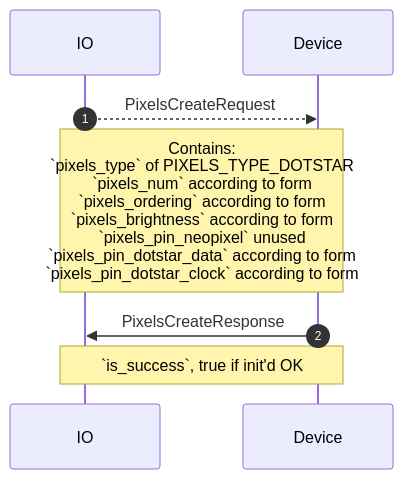
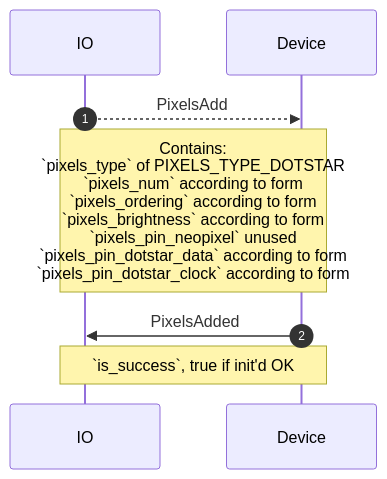
Before and after one commit to adafruit/Wippersnapper_Protobuf: the sixth of 10 diagrams in proto/wippersnapper/docs/pixels.md, drawn with Mermaid. The commit also changed other lines of this file and 6 other files, not shown here.

````diff
--- a/proto/wippersnapper/docs/pixels.md
+++ b/proto/wippersnapper/docs/pixels.md
@@ -70,8 +70,8 @@
 ```mermaid
 sequenceDiagram
 autonumber
-IO-->>Device: PixelsCreateRequest
+IO-->>Device: PixelsAdd
 Note over IO, Device: Contains:<br> `pixels_type` of PIXELS_TYPE_DOTSTAR<br>`pixels_num` according to form<br>`pixels_ordering` according to form<br> `pixels_brightness` according to form <br>`pixels_pin_neopixel` unused<br> `pixels_pin_dotstar_data` according to form<br>`pixels_pin_dotstar_clock` according to form
-Device->>IO: PixelsCreateResponse
+Device->>IO: PixelsAdded
 Note over Device,IO: `is_success`, true if init'd OK
 ```
````
